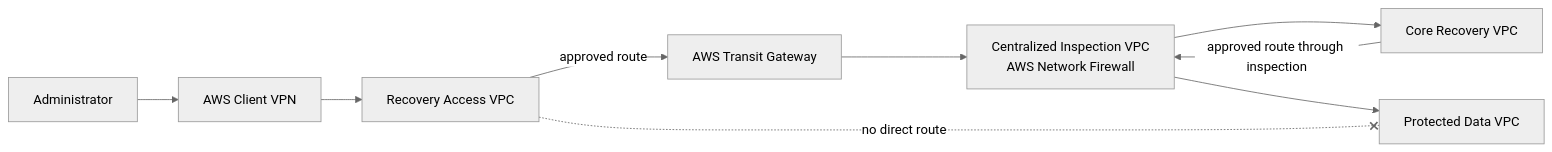
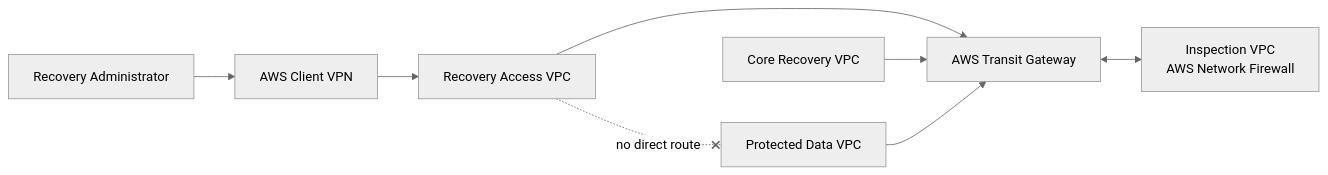
One commit to CloudDevops2789/terraform_modules changed the diagram in README.md. Above: the diagram before and after it, drawn with Mermaid (neutral theme). The commit also changed other lines of this file and 31 other files, not shown here.

````diff
--- a/README.md
+++ b/README.md
@@ -25,12 +54,13 @@
 ```mermaid
 flowchart LR
-    ADMIN["Administrator"] --> CVPN["AWS Client VPN"]
+    ADMIN["Recovery Administrator"] --> CVPN["AWS Client VPN"]
     CVPN --> RA["Recovery Access VPC"]
-    RA -->|"approved route"| TGW["AWS Transit Gateway"]
-    TGW --> INS["Centralized Inspection VPC\nAWS Network Firewall"]
-    INS --> CORE["Core Recovery VPC"]
-    CORE -->|"approved route through inspection"| INS
-    INS --> DATA["Protected Data VPC"]
+
+    RA --> TGW["AWS Transit Gateway"]
+    CORE["Core Recovery VPC"] --> TGW
+    DATA["Protected Data VPC"] --> TGW
+
+    TGW <--> INS["Inspection VPC\nAWS Network Firewall"]
 
     RA -. "no direct route" .-x DATA
 ```
````
